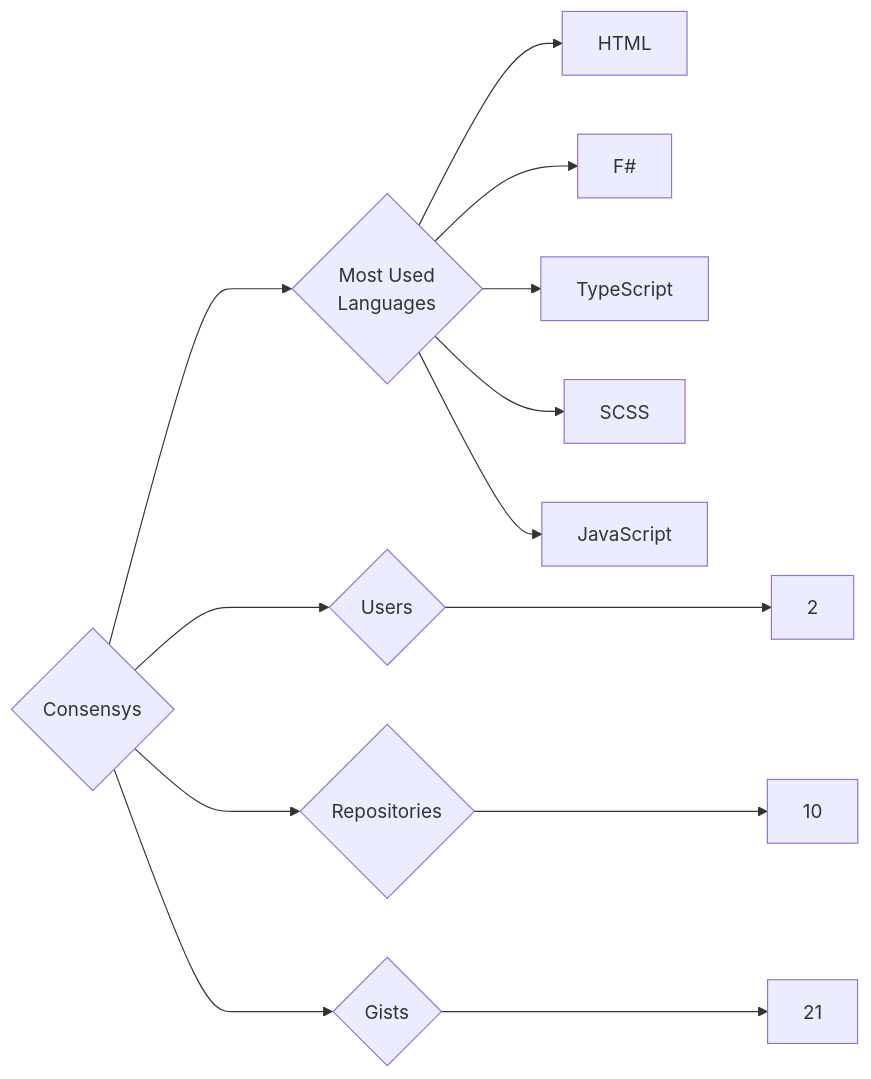
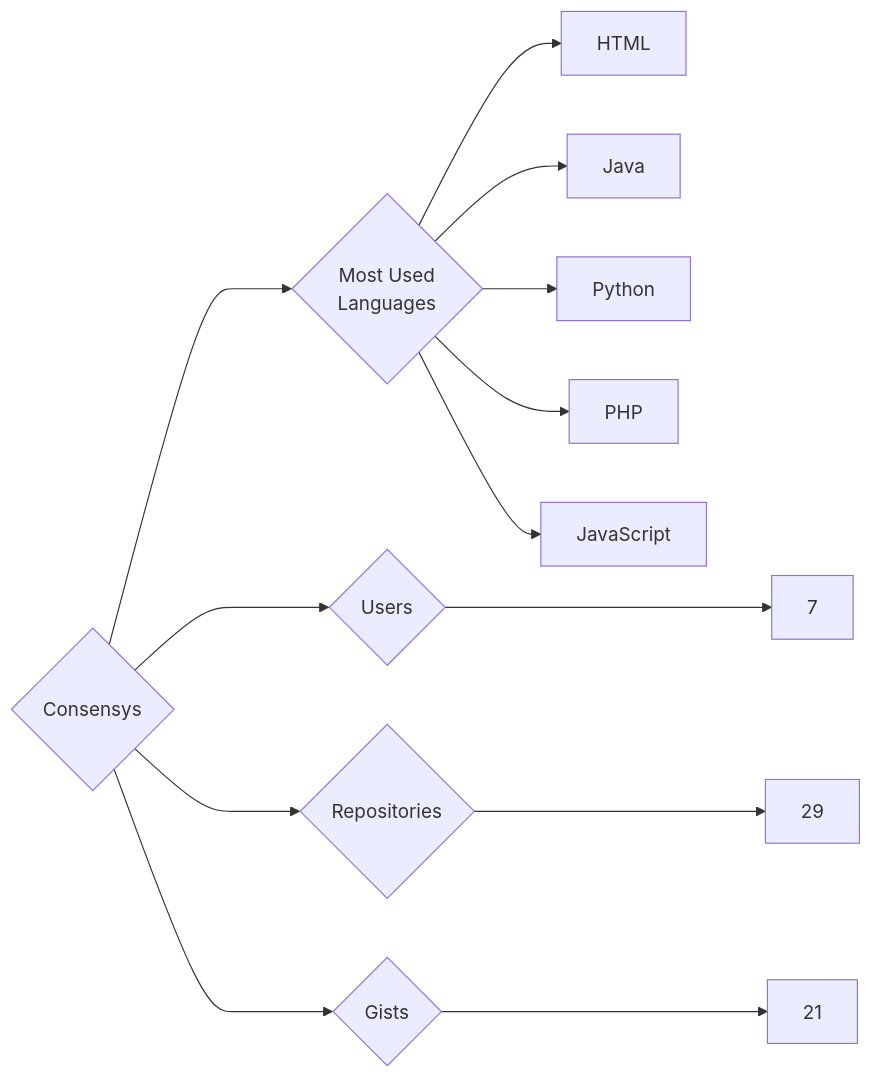
The diagram in targets/Consensys/README.md (trickest/insiders), drawn with Mermaid before and after one commit. The commit also changed 1167 other files, not shown here.

````diff
--- a/targets/Consensys/README.md
+++ b/targets/Consensys/README.md
@@ -3,13 +3,13 @@
 ```mermaid
 graph LR
 COMPANY_NAME{Consensys}
-COMPANY_NAME ---> U{Users} ---> UN[2]
-COMPANY_NAME ---> R{Repositories} ---> RN[10]
+COMPANY_NAME ---> U{Users} ---> UN[7]
+COMPANY_NAME ---> R{Repositories} ---> RN[29]
 COMPANY_NAME ---> G{Gists} ---> GN[21]
 COMPANY_NAME ---> ML{Most Used<br>Languages}
 ML --> HTML[HTML]
-ML --> F#[F#]
-ML --> TypeScript[TypeScript]
-ML --> SCSS[SCSS]
+ML --> Java[Java]
+ML --> Python[Python]
+ML --> PHP[PHP]
 ML --> JavaScript[JavaScript]
 ```
````
